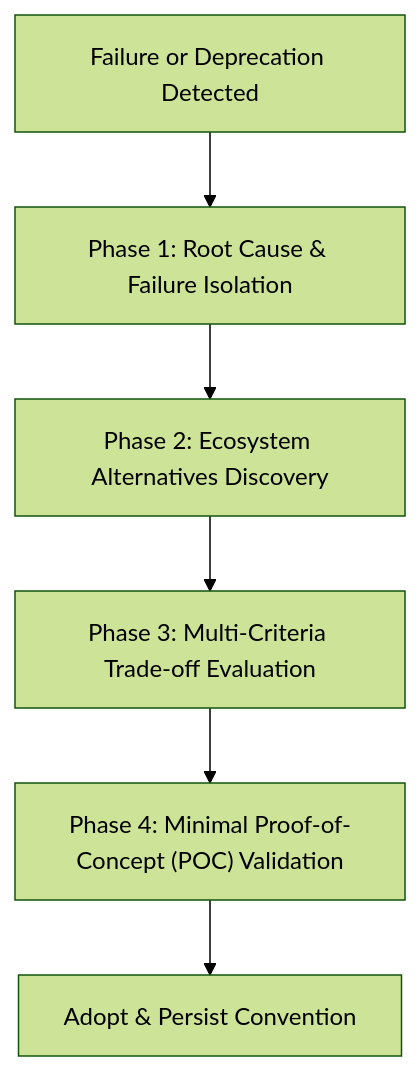
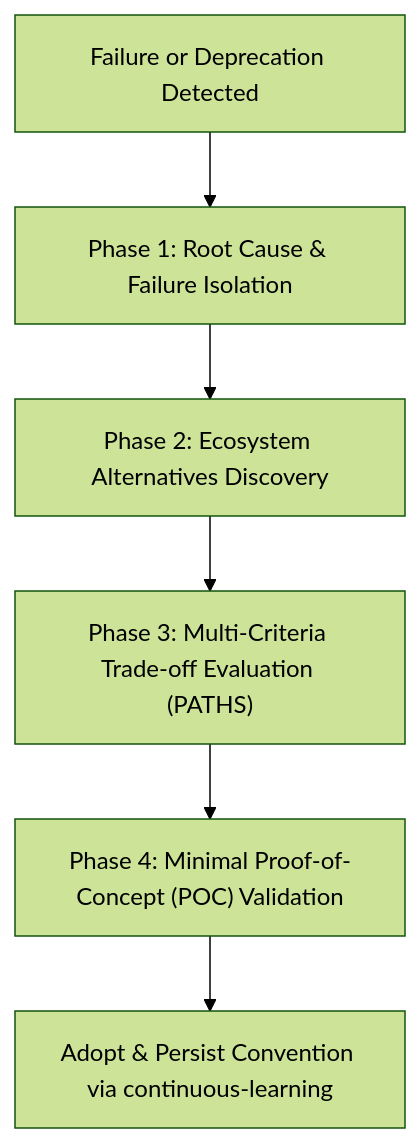
Before and after one commit to darknecrocities/SkillBuilder: the diagram in skills/research/SKILL.md, drawn with Mermaid (forest theme). The commit also changed other lines of this file and 3 other files, not shown here.

Commit message:
docs(skills): expand anti-slop, qa, research, and continuous-learning specifications

````diff
--- a/skills/research/SKILL.md
+++ b/skills/research/SKILL.md
@@ -18,8 +18,8 @@
 ```mermaid
 flowchart TD
     A["Failure or Deprecation Detected"] --> B["Phase 1: Root Cause & Failure Isolation"]
     B --> C["Phase 2: Ecosystem Alternatives Discovery"]
-    C --> D["Phase 3: Multi-Criteria Trade-off Evaluation"]
+    C --> D["Phase 3: Multi-Criteria Trade-off Evaluation (PATHS)"]
     D --> E["Phase 4: Minimal Proof-of-Concept (POC) Validation"]
-    E --> F["Adopt & Persist Convention"]
+    E --> F["Adopt & Persist Convention via continuous-learning"]
 ```
````
